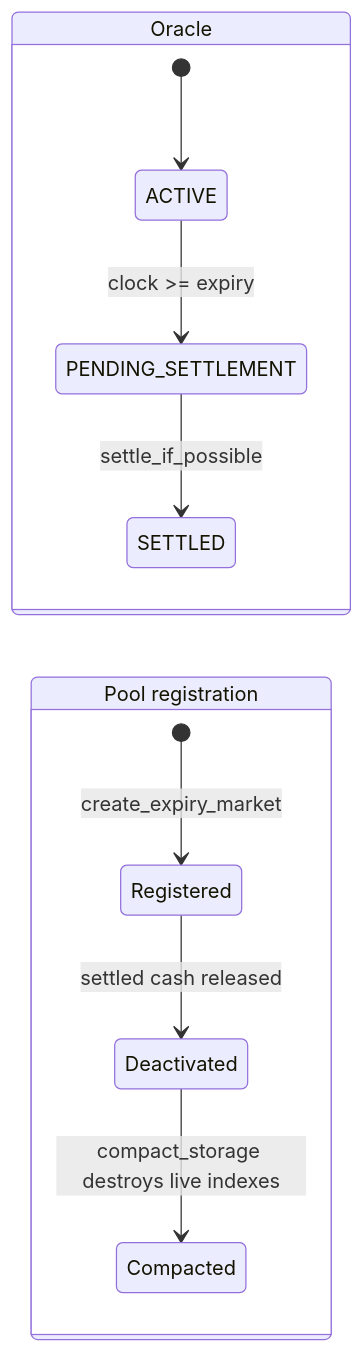
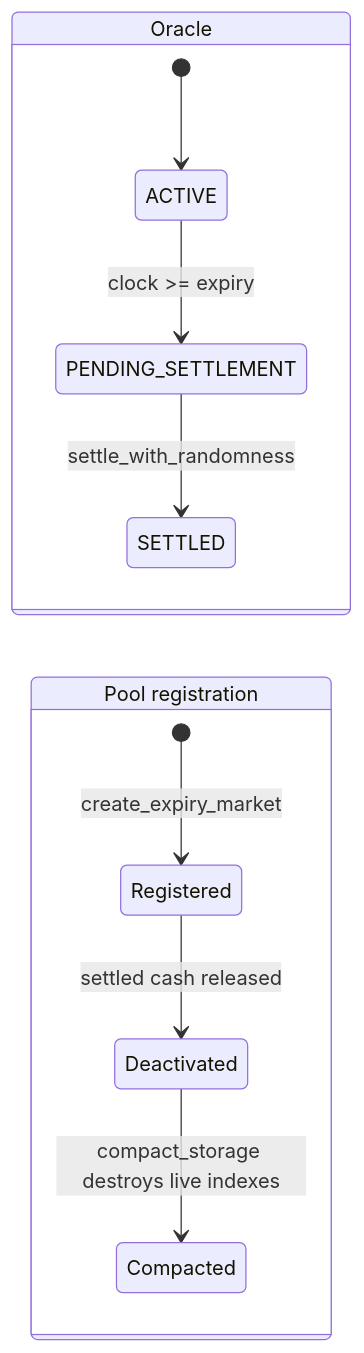
One commit to MystenLabs/deepbookv3 changed the third of 3 diagrams in packages/predict/docs/concepts/markets-and-positions.md. Above: the diagram before and after it, drawn with Mermaid. The commit also changed other lines of this file and 6 other files, not shown here.

````diff
--- a/packages/predict/docs/concepts/markets-and-positions.md
+++ b/packages/predict/docs/concepts/markets-and-positions.md
@@ -132,14 +132,14 @@
 ```mermaid
 stateDiagram-v2
   direction LR
   state "Oracle" as O {
     [*] --> ACTIVE
     ACTIVE --> PENDING_SETTLEMENT: clock >= expiry
-    PENDING_SETTLEMENT --> SETTLED: settle_if_possible
+    PENDING_SETTLEMENT --> SETTLED: settle_with_randomness
   }
   state "Pool registration" as P {
     [*] --> Registered: create_expiry_market
     Registered --> Deactivated: settled cash released
     Deactivated --> Compacted: compact_storage destroys live indexes
   }
 ```
````
